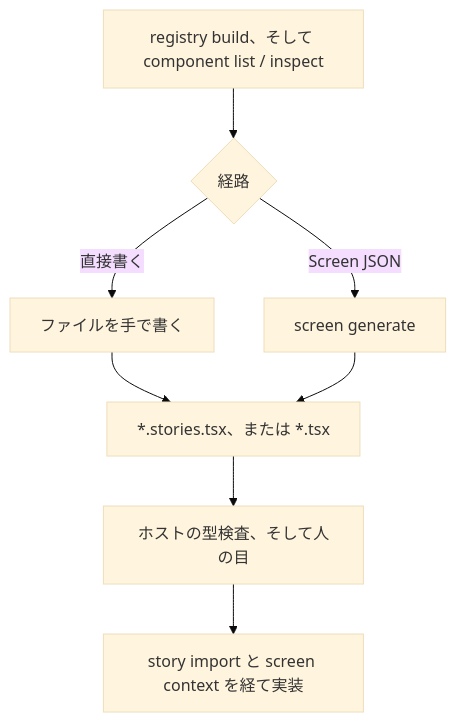
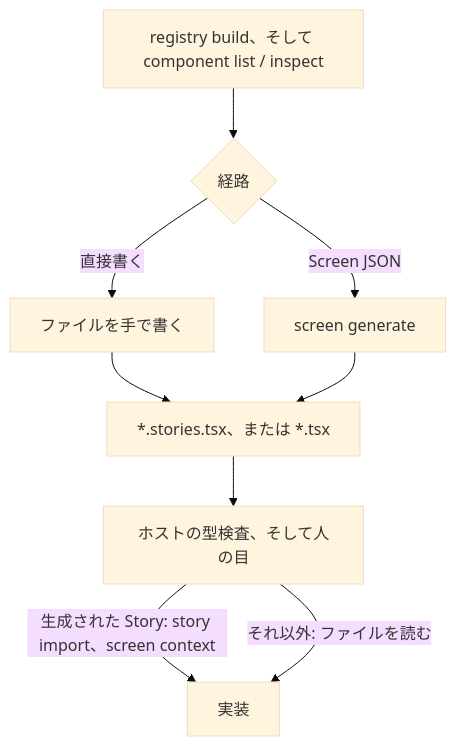
The first of 4 diagrams in docs/ja/workflows.md (yosegi-dev/yosegi), drawn with Mermaid (base theme) before and after one commit. The commit also changed 4 other files, not shown here.

````diff
--- a/docs/ja/workflows.md
+++ b/docs/ja/workflows.md
@@ -8,10 +8,11 @@
 ```mermaid
 flowchart TD
   reg["registry build、そして component list / inspect"] --> route{"経路"}
   route -->|"直接書く"| hand["ファイルを手で書く"]
   route -->|"Screen JSON"| gen["screen generate"]
   hand --> file["*.stories.tsx、または *.tsx"]
   gen --> file
   file --> check["ホストの型検査、そして人の目"]
-  check --> page["story import と screen context を経て実装"]
+  check -->|"生成された Story: story import、screen context"| page["実装"]
+  check -->|"それ以外: ファイルを読む"| page
 ```
````
